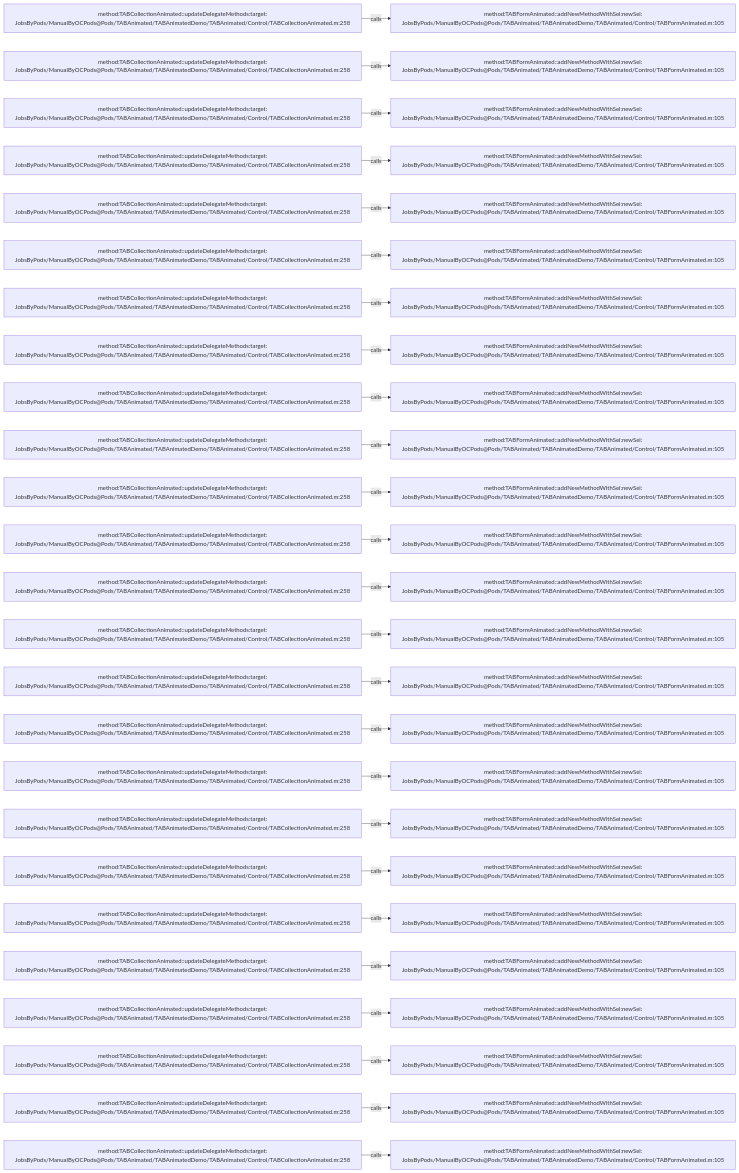
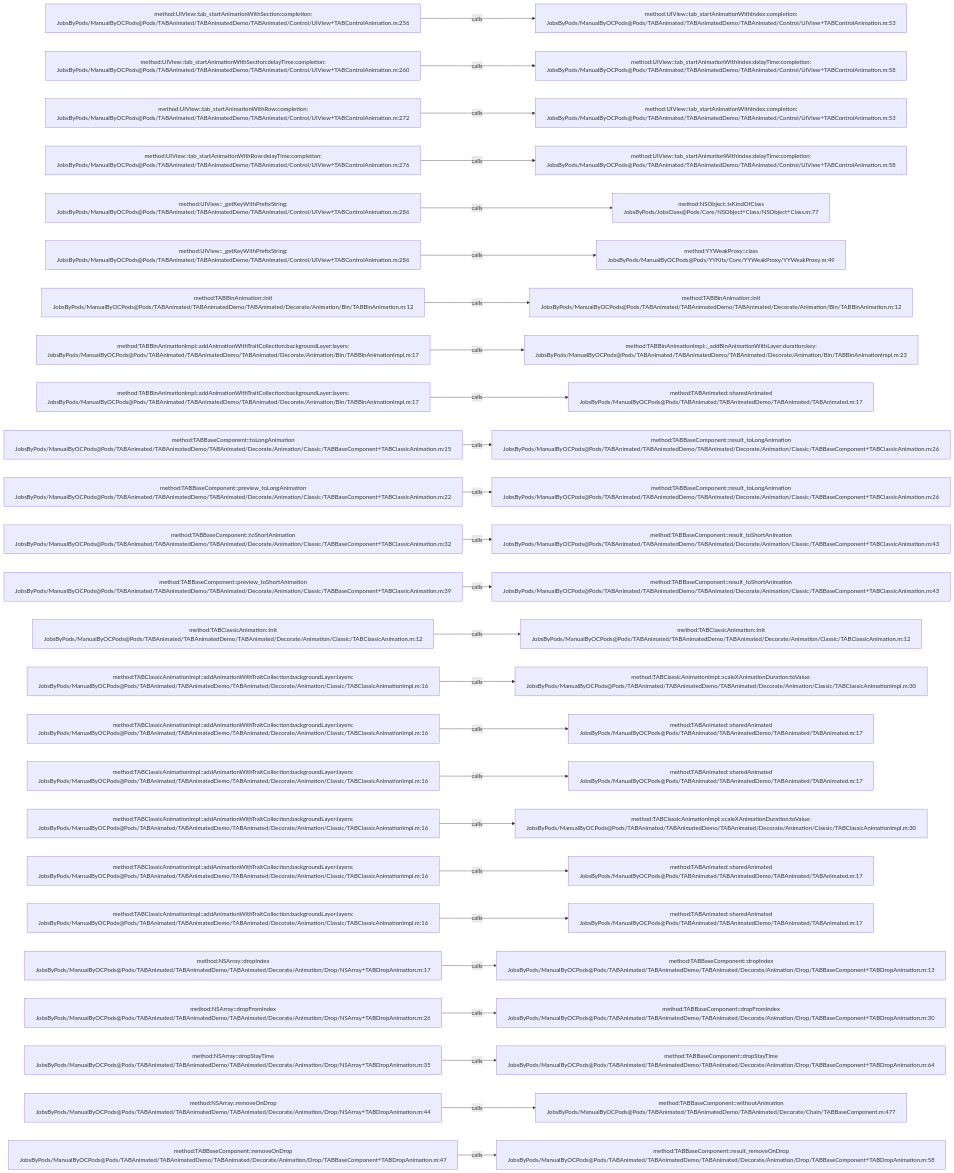
One commit to JobsKits/JobsOCBaseConfigDemo changed the diagram in .codegraph/codegraph.md/graphs/calls-020.md. Above: the diagram before and after it, drawn with Mermaid. The commit also changed 1448 other files, not shown here.

````diff
--- a/.codegraph/codegraph.md/graphs/calls-020.md
+++ b/.codegraph/codegraph.md/graphs/calls-020.md
@@ -13,78 +13,78 @@
 ```mermaid
 flowchart LR
-  S1["method:TABCollectionAnimated::updateDelegateMethods:target:<br/>JobsByPods/ManualByOCPods@Pods/TABAnimated/TABAnimatedDemo/TABAnimated/Control/TABCollectionAnimated.m:258"]
-  T1["method:TABFormAnimated::addNewMethodWithSel:newSel:<br/>JobsByPods/ManualByOCPods@Pods/TABAnimated/TABAnimatedDemo/TABAnimated/Control/TABFormAnimated.m:105"]
+  S1["method:UIView::tab_startAnimationWithSection:completion:<br/>JobsByPods/ManualByOCPods@Pods/TABAnimated/TABAnimatedDemo/TABAnimated/Control/UIView+TABControlAnimation.m:256"]
+  T1["method:UIView::tab_startAnimationWithIndex:completion:<br/>JobsByPods/ManualByOCPods@Pods/TABAnimated/TABAnimatedDemo/TABAnimated/Control/UIView+TABControlAnimation.m:53"]
   S1 -->|calls| T1
-  S2["method:TABCollectionAnimated::updateDelegateMethods:target:<br/>JobsByPods/ManualByOCPods@Pods/TABAnimated/TABAnimatedDemo/TABAnimated/Control/TABCollectionAnimated.m:258"]
-  T2["method:TABFormAnimated::addNewMethodWithSel:newSel:<br/>JobsByPods/ManualByOCPods@Pods/TABAnimated/TABAnimatedDemo/TABAnimated/Control/TABFormAnimated.m:105"]
+  S2["method:UIView::tab_startAnimationWithSection:delayTime:completion:<br/>JobsByPods/ManualByOCPods@Pods/TABAnimated/TABAnimatedDemo/TABAnimated/Control/UIView+TABControlAnimation.m:260"]
+  T2["method:UIView::tab_startAnimationWithIndex:delayTime:completion:<br/>JobsByPods/ManualByOCPods@Pods/TABAnimated/TABAnimatedDemo/TABAnimated/Control/UIView+TABControlAnimation.m:58"]
   S2 -->|calls| T2
-  S3["method:TABCollectionAnimated::updateDelegateMethods:target:<br/>JobsByPods/ManualByOCPods@Pods/TABAnimated/TABAnimatedDemo/TABAnimated/Control/TABCollectionAnimated.m:258"]
-  T3["method:TABFormAnimated::addNewMethodWithSel:newSel:<br/>JobsByPods/ManualByOCPods@Pods/TABAnimated/TABAnimatedDemo/TABAnimated/Control/TABFormAnimated.m:105"]
+  S3["method:UIView::tab_startAnimationWithRow:completion:<br/>JobsByPods/ManualByOCPods@Pods/TABAnimated/TABAnimatedDemo/TABAnimated/Control/UIView+TABControlAnimation.m:272"]
+  T3["method:UIView::tab_startAnimationWithIndex:completion:<br/>JobsByPods/ManualByOCPods@Pods/TABAnimated/TABAnimatedDemo/TABAnimated/Control/UIView+TABControlAnimation.m:53"]
   S3 -->|calls| T3
-  S4["method:TABCollectionAnimated::updateDelegateMethods:target:<br/>JobsByPods/ManualByOCPods@Pods/TABAnimated/TABAnimatedDemo/TABAnimated/Control/TABCollectionAnimated.m:258"]
-  T4["method:TABFormAnimated::addNewMethodWithSel:newSel:<br/>JobsByPods/ManualByOCPods@Pods/TABAnimated/TABAnimatedDemo/TABAnimated/Control/TABFormAnimated.m:105"]
+  S4["method:UIView::tab_startAnimationWithRow:delayTime:completion:<br/>JobsByPods/ManualByOCPods@Pods/TABAnimated/TABAnimatedDemo/TABAnimated/Control/UIView+TABControlAnimation.m:276"]
+  T4["method:UIView::tab_startAnimationWithIndex:delayTime:completion:<br/>JobsByPods/ManualByOCPods@Pods/TABAnimated/TABAnimatedDemo/TABAnimated/Control/UIView+TABControlAnimation.m:58"]
   S4 -->|calls| T4
-  S5["method:TABCollectionAnimated::updateDelegateMethods:target:<br/>JobsByPods/ManualByOCPods@Pods/TABAnimated/TABAnimatedDemo/TABAnimated/Control/TABCollectionAnimated.m:258"]
-  T5["method:TABFormAnimated::addNewMethodWithSel:newSel:<br/>JobsByPods/ManualByOCPods@Pods/TABAnimated/TABAnimatedDemo/TABAnimated/Control/TABFormAnimated.m:105"]
+  S5["method:UIView::_getKeyWithPrefixString:<br/>JobsByPods/ManualByOCPods@Pods/TABAnimated/TABAnimatedDemo/TABAnimated/Control/UIView+TABControlAnimation.m:286"]
+  T5["method:NSObject::isKindOfClass<br/>JobsByPods/JobsClass@Pods/Core/NSObject+Class/NSObject+Class.m:77"]
   S5 -->|calls| T5
-  S6["method:TABCollectionAnimated::updateDelegateMethods:target:<br/>JobsByPods/ManualByOCPods@Pods/TABAnimated/TABAnimatedDemo/TABAnimated/Control/TABCollectionAnimated.m:258"]
-  T6["method:TABFormAnimated::addNewMethodWithSel:newSel:<br/>JobsByPods/ManualByOCPods@Pods/TABAnimated/TABAnimatedDemo/TABAnimated/Control/TABFormAnimated.m:105"]
+  S6["method:UIView::_getKeyWithPrefixString:<br/>JobsByPods/ManualByOCPods@Pods/TABAnimated/TABAnimatedDemo/TABAnimated/Control/UIView+TABControlAnimation.m:286"]
+  T6["method:YYWeakProxy::class<br/>JobsByPods/ManualByOCPods@Pods/YYKits/Core/YYWeakProxy/YYWeakProxy.m:49"]
   S6 -->|calls| T6
-  S7["method:TABCollectionAnimated::updateDelegateMethods:target:<br/>JobsByPods/ManualByOCPods@Pods/TABAnimated/TABAnimatedDemo/TABAnimated/Control/TABCollectionAnimated.m:258"]
-  T7["method:TABFormAnimated::addNewMethodWithSel:newSel:<br/>JobsByPods/ManualByOCPods@Pods/TABAnimated/TABAnimatedDemo/TABAnimated/Control/TABFormAnimated.m:105"]
+  S7["method:TABBinAnimation::init<br/>JobsByPods/ManualByOCPods@Pods/TABAnimated/TABAnimatedDemo/TABAnimated/Decorate/Animation/Bin/TABBinAnimation.m:12"]
+  T7["method:TABBinAnimation::init<br/>JobsByPods/ManualByOCPods@Pods/TABAnimated/TABAnimatedDemo/TABAnimated/Decorate/Animation/Bin/TABBinAnimation.m:12"]
   S7 -->|calls| T7
-  S8["method:TABCollectionAnimated::updateDelegateMethods:target:<br/>JobsByPods/ManualByOCPods@Pods/TABAnimated/TABAnimatedDemo/TABAnimated/Control/TABCollectionAnimated.m:258"]
-  T8["method:TABFormAnimated::addNewMethodWithSel:newSel:<br/>JobsByPods/ManualByOCPods@Pods/TABAnimated/TABAnimatedDemo/TABAnimated/Control/TABFormAnimated.m:105"]
+  S8["method:TABBinAnimationImpl::addAnimationWithTraitCollection:backgroundLayer:layers:<br/>JobsByPods/ManualByOCPods@Pods/TABAnimated/TABAnimatedDemo/TABAnimated/Decorate/Animation/Bin/TABBinAnimationImpl.m:17"]
+  T8["method:TABBinAnimationImpl::_addBinAnimationWithLayer:duration:key:<br/>JobsByPods/ManualByOCPods@Pods/TABAnimated/TABAnimatedDemo/TABAnimated/Decorate/Animation/Bin/TABBinAnimationImpl.m:23"]
   S8 -->|calls| T8
-  S9["method:TABCollectionAnimated::updateDelegateMethods:target:<br/>JobsByPods/ManualByOCPods@Pods/TABAnimated/TABAnimatedDemo/TABAnimated/Control/TABCollectionAnimated.m:258"]
-  T9["method:TABFormAnimated::addNewMethodWithSel:newSel:<br/>JobsByPods/ManualByOCPods@Pods/TABAnimated/TABAnimatedDemo/TABAnimated/Control/TABFormAnimated.m:105"]
+  S9["method:TABBinAnimationImpl::addAnimationWithTraitCollection:backgroundLayer:layers:<br/>JobsByPods/ManualByOCPods@Pods/TABAnimated/TABAnimatedDemo/TABAnimated/Decorate/Animation/Bin/TABBinAnimationImpl.m:17"]
+  T9["method:TABAnimated::sharedAnimated<br/>JobsByPods/ManualByOCPods@Pods/TABAnimated/TABAnimatedDemo/TABAnimated/TABAnimated.m:17"]
   S9 -->|calls| T9
-  S10["method:TABCollectionAnimated::updateDelegateMethods:target:<br/>JobsByPods/ManualByOCPods@Pods/TABAnimated/TABAnimatedDemo/TABAnimated/Control/TABCollectionAnimated.m:258"]
-  T10["method:TABFormAnimated::addNewMethodWithSel:newSel:<br/>JobsByPods/ManualByOCPods@Pods/TABAnimated/TABAnimatedDemo/TABAnimated/Control/TABFormAnimated.m:105"]
+  S10["method:TABBaseComponent::toLongAnimation<br/>JobsByPods/ManualByOCPods@Pods/TABAnimated/TABAnimatedDemo/TABAnimated/Decorate/Animation/Classic/TABBaseComponent+TABClassicAnimation.m:15"]
+  T10["method:TABBaseComponent::result_toLongAnimation<br/>JobsByPods/ManualByOCPods@Pods/TABAnimated/TABAnimatedDemo/TABAnimated/Decorate/Animation/Classic/TABBaseComponent+TABClassicAnimation.m:26"]
   S10 -->|calls| T10
-  S11["method:TABCollectionAnimated::updateDelegateMethods:target:<br/>JobsByPods/ManualByOCPods@Pods/TABAnimated/TABAnimatedDemo/TABAnimated/Control/TABCollectionAnimated.m:258"]
-  T11["method:TABFormAnimated::addNewMethodWithSel:newSel:<br/>JobsByPods/ManualByOCPods@Pods/TABAnimated/TABAnimatedDemo/TABAnimated/Control/TABFormAnimated.m:105"]
+  S11["method:TABBaseComponent::preview_toLongAnimation<br/>JobsByPods/ManualByOCPods@Pods/TABAnimated/TABAnimatedDemo/TABAnimated/Decorate/Animation/Classic/TABBaseComponent+TABClassicAnimation.m:22"]
+  T11["method:TABBaseComponent::result_toLongAnimation<br/>JobsByPods/ManualByOCPods@Pods/TABAnimated/TABAnimatedDemo/TABAnimated/Decorate/Animation/Classic/TABBaseComponent+TABClassicAnimation.m:26"]
   S11 -->|calls| T11
-  S12["method:TABCollectionAnimated::updateDelegateMethods:target:<br/>JobsByPods/ManualByOCPods@Pods/TABAnimated/TABAnimatedDemo/TABAnimated/Control/TABCollectionAnimated.m:258"]
-  T12["method:TABFormAnimated::addNewMethodWithSel:newSel:<br/>JobsByPods/ManualByOCPods@Pods/TABAnimated/TABAnimatedDemo/TABAnimated/Control/TABFormAnimated.m:105"]
+  S12["method:TABBaseComponent::toShortAnimation<br/>JobsByPods/ManualByOCPods@Pods/TABAnimated/TABAnimatedDemo/TABAnimated/Decorate/Animation/Classic/TABBaseComponent+TABClassicAnimation.m:32"]
+  T12["method:TABBaseComponent::result_toShortAnimation<br/>JobsByPods/ManualByOCPods@Pods/TABAnimated/TABAnimatedDemo/TABAnimated/Decorate/Animation/Classic/TABBaseComponent+TABClassicAnimation.m:43"]
   S12 -->|calls| T12
-  S13["method:TABCollectionAnimated::updateDelegateMethods:target:<br/>JobsByPods/ManualByOCPods@Pods/TABAnimated/TABAnimatedDemo/TABAnimated/Control/TABCollectionAnimated.m:258"]
-  T13["method:TABFormAnimated::addNewMethodWithSel:newSel:<br/>JobsByPods/ManualByOCPods@Pods/TABAnimated/TABAnimatedDemo/TABAnimated/Control/TABFormAnimated.m:105"]
+  S13["method:TABBaseComponent::preview_toShortAnimation<br/>JobsByPods/ManualByOCPods@Pods/TABAnimated/TABAnimatedDemo/TABAnimated/Decorate/Animation/Classic/TABBaseComponent+TABClassicAnimation.m:39"]
+  T13["method:TABBaseComponent::result_toShortAnimation<br/>JobsByPods/ManualByOCPods@Pods/TABAnimated/TABAnimatedDemo/TABAnimated/Decorate/Animation/Classic/TABBaseComponent+TABClassicAnimation.m:43"]
   S13 -->|calls| T13
-  S14["method:TABCollectionAnimated::updateDelegateMethods:target:<br/>JobsByPods/ManualByOCPods@Pods/TABAnimated/TABAnimatedDemo/TABAnimated/Control/TABCollectionAnimated.m:258"]
-  T14["method:TABFormAnimated::addNewMethodWithSel:newSel:<br/>JobsByPods/ManualByOCPods@Pods/TABAnimated/TABAnimatedDemo/TABAnimated/Control/TABFormAnimated.m:105"]
+  S14["method:TABClassicAnimation::init<br/>JobsByPods/ManualByOCPods@Pods/TABAnimated/TABAnimatedDemo/TABAnimated/Decorate/Animation/Classic/TABClassicAnimation.m:12"]
+  T14["method:TABClassicAnimation::init<br/>JobsByPods/ManualByOCPods@Pods/TABAnimated/TABAnimatedDemo/TABAnimated/Decorate/Animation/Classic/TABClassicAnimation.m:12"]
   S14 -->|calls| T14
-  S15["method:TABCollectionAnimated::updateDelegateMethods:target:<br/>JobsByPods/ManualByOCPods@Pods/TABAnimated/TABAnimatedDemo/TABAnimated/Control/TABCollectionAnimated.m:258"]
-  T15["method:TABFormAnimated::addNewMethodWithSel:newSel:<br/>JobsByPods/ManualByOCPods@Pods/TABAnimated/TABAnimatedDemo/TABAnimated/Control/TABFormAnimated.m:105"]
+  S15["method:TABClassicAnimationImpl::addAnimationWithTraitCollection:backgroundLayer:layers:<br/>JobsByPods/ManualByOCPods@Pods/TABAnimated/TABAnimatedDemo/TABAnimated/Decorate/Animation/Classic/TABClassicAnimationImpl.m:16"]
+  T15["method:TABClassicAnimationImpl::scaleXAnimationDuration:toValue:<br/>JobsByPods/ManualByOCPods@Pods/TABAnimated/TABAnimatedDemo/TABAnimated/Decorate/Animation/Classic/TABClassicAnimationImpl.m:30"]
   S15 -->|calls| T15
-  S16["method:TABCollectionAnimated::updateDelegateMethods:target:<br/>JobsByPods/ManualByOCPods@Pods/TABAnimated/TABAnimatedDemo/TABAnimated/Control/TABCollectionAnimated.m:258"]
-  T16["method:TABFormAnimated::addNewMethodWithSel:newSel:<br/>JobsByPods/ManualByOCPods@Pods/TABAnimated/TABAnimatedDemo/TABAnimated/Control/TABFormAnimated.m:105"]
+  S16["method:TABClassicAnimationImpl::addAnimationWithTraitCollection:backgroundLayer:layers:<br/>JobsByPods/ManualByOCPods@Pods/TABAnimated/TABAnimatedDemo/TABAnimated/Decorate/Animation/Classic/TABClassicAnimationImpl.m:16"]
+  T16["method:TABAnimated::sharedAnimated<br/>JobsByPods/ManualByOCPods@Pods/TABAnimated/TABAnimatedDemo/TABAnimated/TABAnimated.m:17"]
   S16 -->|calls| T16
-  S17["method:TABCollectionAnimated::updateDelegateMethods:target:<br/>JobsByPods/ManualByOCPods@Pods/TABAnimated/TABAnimatedDemo/TABAnimated/Control/TABCollectionAnimated.m:258"]
-  T17["method:TABFormAnimated::addNewMethodWithSel:newSel:<br/>JobsByPods/ManualByOCPods@Pods/TABAnimated/TABAnimatedDemo/TABAnimated/Control/TABFormAnimated.m:105"]
+  S17["method:TABClassicAnimationImpl::addAnimationWithTraitCollection:backgroundLayer:layers:<br/>JobsByPods/ManualByOCPods@Pods/TABAnimated/TABAnimatedDemo/TABAnimated/Decorate/Animation/Classic/TABClassicAnimationImpl.m:16"]
+  T17["method:TABAnimated::sharedAnimated<br/>JobsByPods/ManualByOCPods@Pods/TABAnimated/TABAnimatedDemo/TABAnimated/TABAnimated.m:17"]
   S17 -->|calls| T17
-  S18["method:TABCollectionAnimated::updateDelegateMethods:target:<br/>JobsByPods/ManualByOCPods@Pods/TABAnimated/TABAnimatedDemo/TABAnimated/Control/TABCollectionAnimated.m:258"]
-  T18["method:TABFormAnimated::addNewMethodWithSel:newSel:<br/>JobsByPods/ManualByOCPods@Pods/TABAnimated/TABAnimatedDemo/TABAnimated/Control/TABFormAnimated.m:105"]
+  S18["method:TABClassicAnimationImpl::addAnimationWithTraitCollection:backgroundLayer:layers:<br/>JobsByPods/ManualByOCPods@Pods/TABAnimated/TABAnimatedDemo/TABAnimated/Decorate/Animation/Classic/TABClassicAnimationImpl.m:16"]
+  T18["method:TABClassicAnimationImpl::scaleXAnimationDuration:toValue:<br/>JobsByPods/ManualByOCPods@Pods/TABAnimated/TABAnimatedDemo/TABAnimated/Decorate/Animation/Classic/TABClassicAnimationImpl.m:30"]
   S18 -->|calls| T18
-  S19["method:TABCollectionAnimated::updateDelegateMethods:target:<br/>JobsByPods/ManualByOCPods@Pods/TABAnimated/TABAnimatedDemo/TABAnimated/Control/TABCollectionAnimated.m:258"]
-  T19["method:TABFormAnimated::addNewMethodWithSel:newSel:<br/>JobsByPods/ManualByOCPods@Pods/TABAnimated/TABAnimatedDemo/TABAnimated/Control/TABFormAnimated.m:105"]
+  S19["method:TABClassicAnimationImpl::addAnimationWithTraitCollection:backgroundLayer:layers:<br/>JobsByPods/ManualByOCPods@Pods/TABAnimated/TABAnimatedDemo/TABAnimated/Decorate/Animation/Classic/TABClassicAnimationImpl.m:16"]
+  T19["method:TABAnimated::sharedAnimated<br/>JobsByPods/ManualByOCPods@Pods/TABAnimated/TABAnimatedDemo/TABAnimated/TABAnimated.m:17"]
   S19 -->|calls| T19
-  S20["method:TABCollectionAnimated::updateDelegateMethods:target:<br/>JobsByPods/ManualByOCPods@Pods/TABAnimated/TABAnimatedDemo/TABAnimated/Control/TABCollectionAnimated.m:258"]
-  T20["method:TABFormAnimated::addNewMethodWithSel:newSel:<br/>JobsByPods/ManualByOCPods@Pods/TABAnimated/TABAnimatedDemo/TABAnimated/Control/TABFormAnimated.m:105"]
+  S20["method:TABClassicAnimationImpl::addAnimationWithTraitCollection:backgroundLayer:layers:<br/>JobsByPods/ManualByOCPods@Pods/TABAnimated/TABAnimatedDemo/TABAnimated/Decorate/Animation/Classic/TABClassicAnimationImpl.m:16"]
+  T20["method:TABAnimated::sharedAnimated<br/>JobsByPods/ManualByOCPods@Pods/TABAnimated/TABAnimatedDemo/TABAnimated/TABAnimated.m:17"]
   S20 -->|calls| T20
-  S21["method:TABCollectionAnimated::updateDelegateMethods:target:<br/>JobsByPods/ManualByOCPods@Pods/TABAnimated/TABAnimatedDemo/TABAnimated/Control/TABCollectionAnimated.m:258"]
-  T21["method:TABFormAnimated::addNewMethodWithSel:newSel:<br/>JobsByPods/ManualByOCPods@Pods/TABAnimated/TABAnimatedDemo/TABAnimated/Control/TABFormAnimated.m:105"]
+  S21["method:NSArray::dropIndex<br/>JobsByPods/ManualByOCPods@Pods/TABAnimated/TABAnimatedDemo/TABAnimated/Decorate/Animation/Drop/NSArray+TABDropAnimation.m:17"]
+  T21["method:TABBaseComponent::dropIndex<br/>JobsByPods/ManualByOCPods@Pods/TABAnimated/TABAnimatedDemo/TABAnimated/Decorate/Animation/Drop/TABBaseComponent+TABDropAnimation.m:13"]
   S21 -->|calls| T21
-  S22["method:TABCollectionAnimated::updateDelegateMethods:target:<br/>JobsByPods/ManualByOCPods@Pods/TABAnimated/TABAnimatedDemo/TABAnimated/Control/TABCollectionAnimated.m:258"]
-  T22["method:TABFormAnimated::addNewMethodWithSel:newSel:<br/>JobsByPods/ManualByOCPods@Pods/TABAnimated/TABAnimatedDemo/TABAnimated/Control/TABFormAnimated.m:105"]
+  S22["method:NSArray::dropFromIndex<br/>JobsByPods/ManualByOCPods@Pods/TABAnimated/TABAnimatedDemo/TABAnimated/Decorate/Animation/Drop/NSArray+TABDropAnimation.m:26"]
+  T22["method:TABBaseComponent::dropFromIndex<br/>JobsByPods/ManualByOCPods@Pods/TABAnimated/TABAnimatedDemo/TABAnimated/Decorate/Animation/Drop/TABBaseComponent+TABDropAnimation.m:30"]
   S22 -->|calls| T22
-  S23["method:TABCollectionAnimated::updateDelegateMethods:target:<br/>JobsByPods/ManualByOCPods@Pods/TABAnimated/TABAnimatedDemo/TABAnimated/Control/TABCollectionAnimated.m:258"]
-  T23["method:TABFormAnimated::addNewMethodWithSel:newSel:<br/>JobsByPods/ManualByOCPods@Pods/TABAnimated/TABAnimatedDemo/TABAnimated/Control/TABFormAnimated.m:105"]
+  S23["method:NSArray::dropStayTime<br/>JobsByPods/ManualByOCPods@Pods/TABAnimated/TABAnimatedDemo/TABAnimated/Decorate/Animation/Drop/NSArray+TABDropAnimation.m:35"]
+  T23["method:TABBaseComponent::dropStayTime<br/>JobsByPods/ManualByOCPods@Pods/TABAnimated/TABAnimatedDemo/TABAnimated/Decorate/Animation/Drop/TABBaseComponent+TABDropAnimation.m:64"]
   S23 -->|calls| T23
-  S24["method:TABCollectionAnimated::updateDelegateMethods:target:<br/>JobsByPods/ManualByOCPods@Pods/TABAnimated/TABAnimatedDemo/TABAnimated/Control/TABCollectionAnimated.m:258"]
-  T24["method:TABFormAnimated::addNewMethodWithSel:newSel:<br/>JobsByPods/ManualByOCPods@Pods/TABAnimated/TABAnimatedDemo/TABAnimated/Control/TABFormAnimated.m:105"]
+  S24["method:NSArray::removeOnDrop<br/>JobsByPods/ManualByOCPods@Pods/TABAnimated/TABAnimatedDemo/TABAnimated/Decorate/Animation/Drop/NSArray+TABDropAnimation.m:44"]
+  T24["method:TABBaseComponent::withoutAnimation<br/>JobsByPods/ManualByOCPods@Pods/TABAnimated/TABAnimatedDemo/TABAnimated/Decorate/Chain/TABBaseComponent.m:477"]
   S24 -->|calls| T24
-  S25["method:TABCollectionAnimated::updateDelegateMethods:target:<br/>JobsByPods/ManualByOCPods@Pods/TABAnimated/TABAnimatedDemo/TABAnimated/Control/TABCollectionAnimated.m:258"]
-  T25["method:TABFormAnimated::addNewMethodWithSel:newSel:<br/>JobsByPods/ManualByOCPods@Pods/TABAnimated/TABAnimatedDemo/TABAnimated/Control/TABFormAnimated.m:105"]
+  S25["method:TABBaseComponent::removeOnDrop<br/>JobsByPods/ManualByOCPods@Pods/TABAnimated/TABAnimatedDemo/TABAnimated/Decorate/Animation/Drop/TABBaseComponent+TABDropAnimation.m:47"]
+  T25["method:TABBaseComponent::result_removeOnDrop<br/>JobsByPods/ManualByOCPods@Pods/TABAnimated/TABAnimatedDemo/TABAnimated/Decorate/Animation/Drop/TABBaseComponent+TABDropAnimation.m:58"]
   S25 -->|calls| T25
 ```
````
